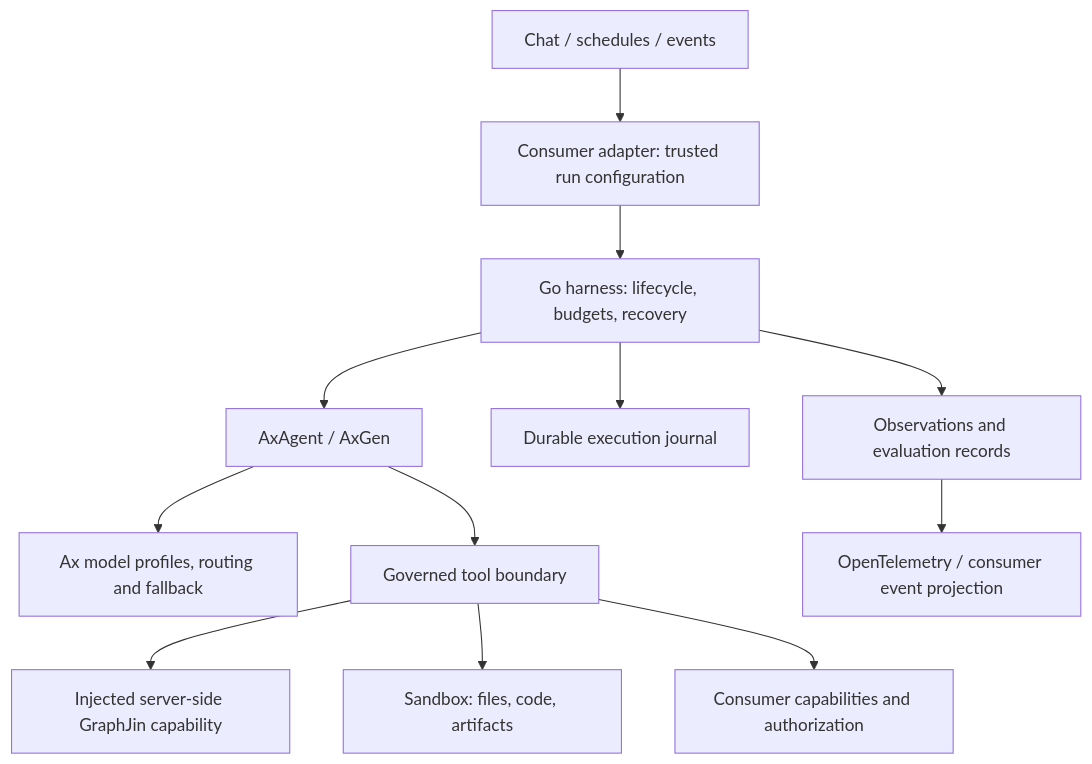
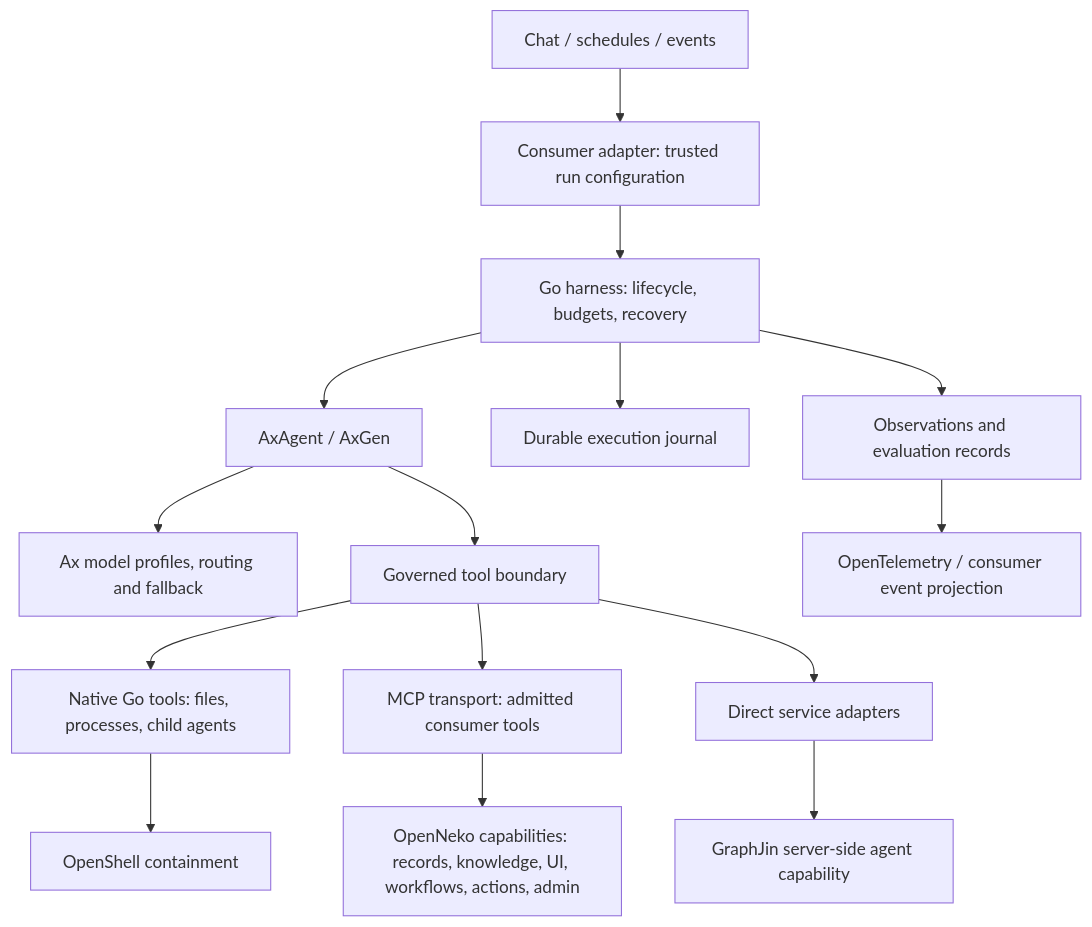
The diagram in docs/DESIGN.md (open-neko/openneko), drawn with Mermaid before and after one commit. The commit also changed other lines of this file and 3 other files, not shown here.

Commit message:
docs: record M5 capability roadmap and local gates

````diff
--- a/docs/DESIGN.md
+++ b/docs/DESIGN.md
@@ -28,13 +30,16 @@
 ```mermaid
 flowchart TD
     Entry[Chat / schedules / events] --> Adapter[Consumer adapter: trusted run configuration] --> Harness[Go harness: lifecycle, budgets, recovery]
     Harness --> Ax[AxAgent / AxGen]
     Ax --> Models[Ax model profiles, routing and fallback]
     Ax --> Tools[Governed tool boundary]
-    Tools --> GraphJin[Injected server-side GraphJin capability]
-    Tools --> Sandbox[Sandbox: files, code, artifacts]
-    Tools --> Actions[Consumer capabilities and authorization]
+    Tools --> Native[Native Go tools: files, processes, child agents]
+    Tools --> MCP[MCP transport: admitted consumer tools]
+    Tools --> Direct[Direct service adapters]
+    Native --> Sandbox[OpenShell containment]
+    MCP --> Consumer[OpenNeko capabilities: records, knowledge, UI, workflows, actions, admin]
+    Direct --> GraphJin[GraphJin server-side agent capability]
     Harness --> Journal[Durable execution journal]
     Harness --> Observations[Observations and evaluation records]
     Observations --> UI[OpenTelemetry / consumer event projection]
 ```
````
